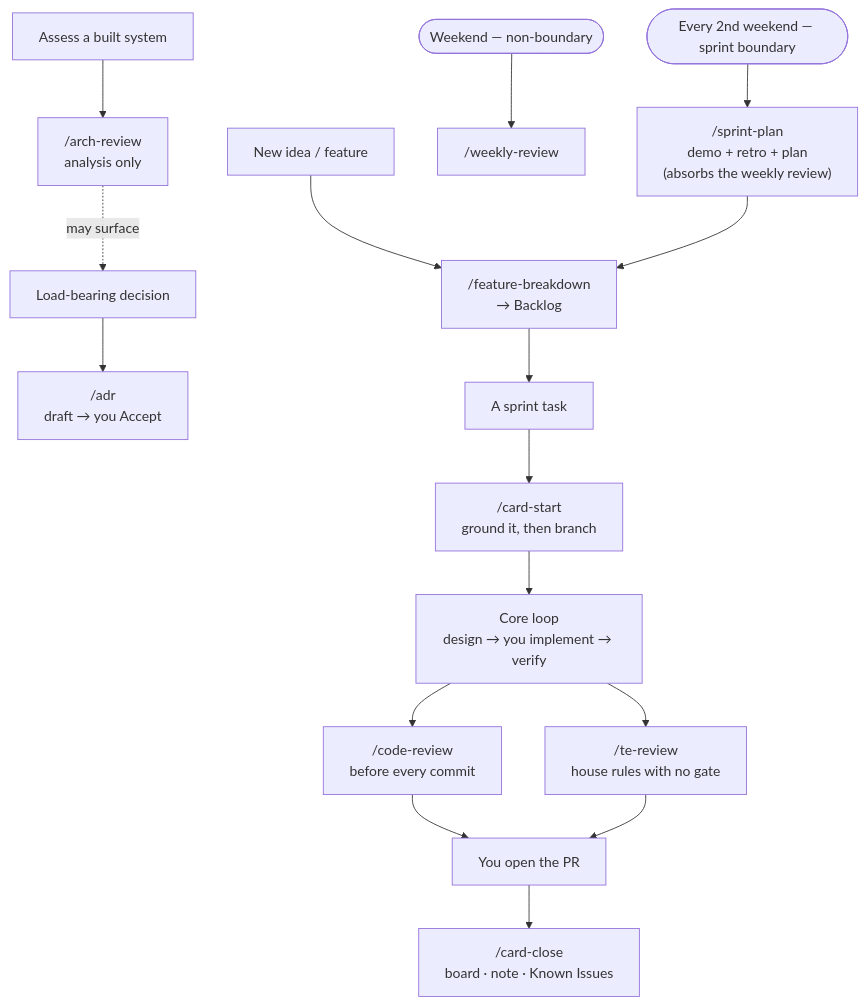
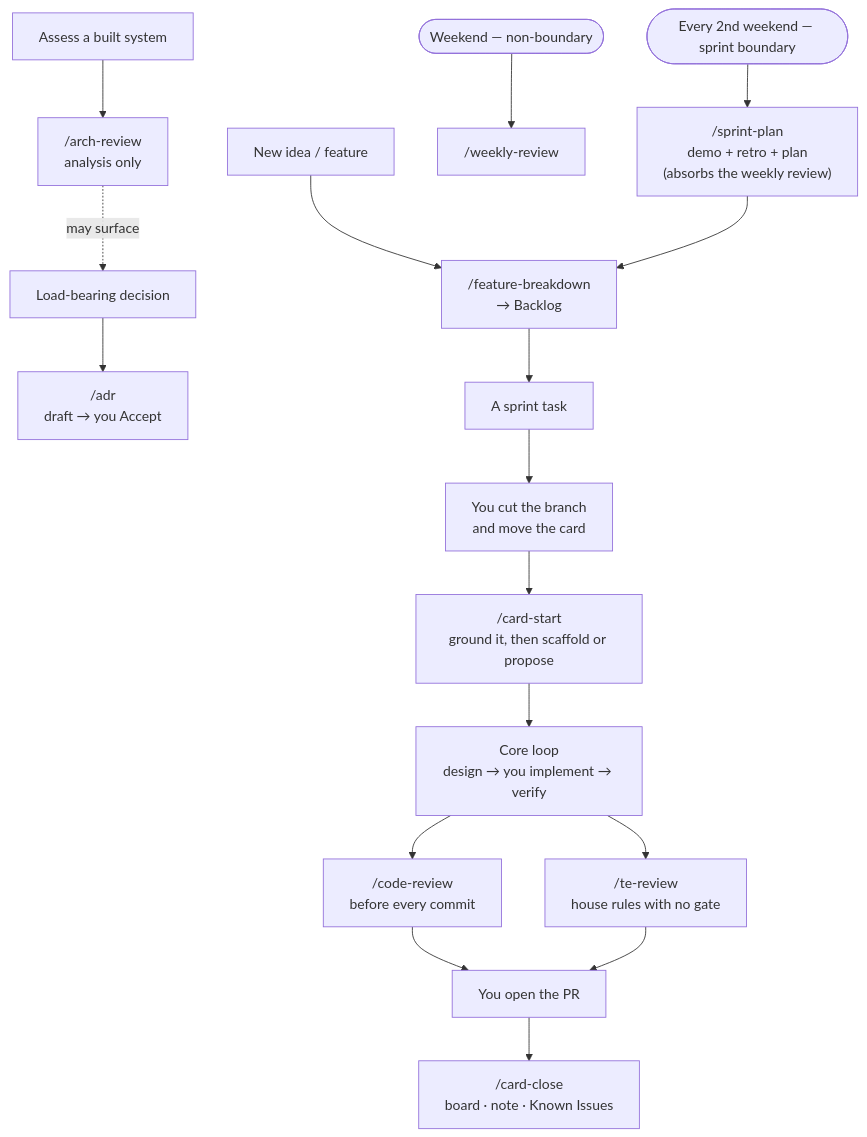
Before and after one commit to techattackteam/TechEngine-vault: the diagram in 08 AI/Working with Claude — Operating Guide.md, drawn with Mermaid. The commit also changed other lines of this file and 28 other files, not shown here.

````diff
--- a/08 AI/Working with Claude — Operating Guide.md
+++ b/08 AI/Working with Claude — Operating Guide.md
@@ -99,17 +102,18 @@
 ```mermaid
 flowchart TD
   IDEA["New idea / feature"] --> FB["/feature-breakdown<br/>→ Backlog"]
   DEC["Load-bearing decision"] --> ADR["/adr<br/>draft → you Accept"]
   SYS["Assess a built system"] --> AR["/arch-review<br/>analysis only"]
   AR -. may surface .-> DEC
   FB --> TASK["A sprint task"]
-  TASK --> CS["/card-start<br/>ground it, then branch"]
+  TASK --> GO["You cut the branch<br/>and move the card"]
+  GO --> CS["/card-start<br/>ground it, then scaffold or propose"]
   CS --> LOOP["Core loop<br/>design → you implement → verify"]
   LOOP --> CR["/code-review<br/>before every commit"]
   LOOP --> TR["/te-review<br/>house rules with no gate"]
   CR & TR --> PR["You open the PR"]
   PR --> CC["/card-close<br/>board · note · Known Issues"]
   SUN(["Weekend — non-boundary"]) --> WR["/weekly-review"]
   LSUN(["Every 2nd weekend — sprint boundary"]) --> SP["/sprint-plan<br/>demo + retro + plan<br/>(absorbs the weekly review)"]
   SP --> FB
 ```
````
